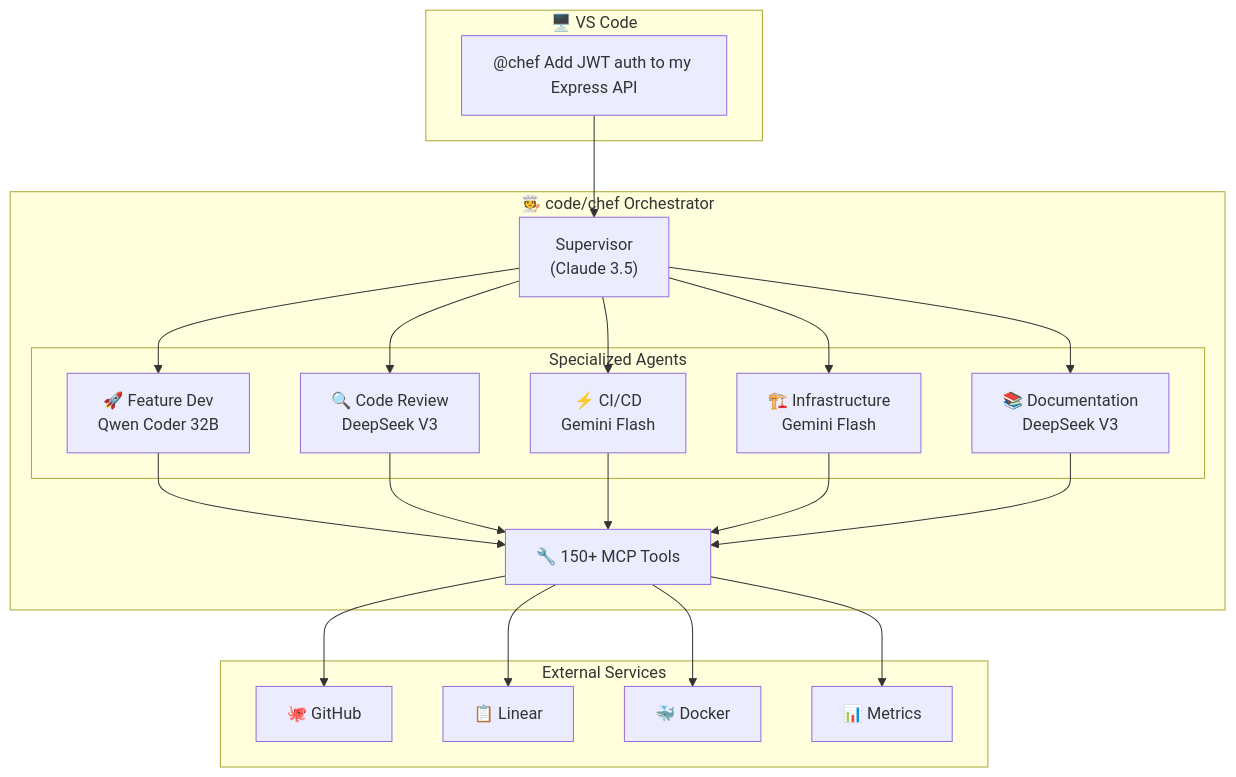
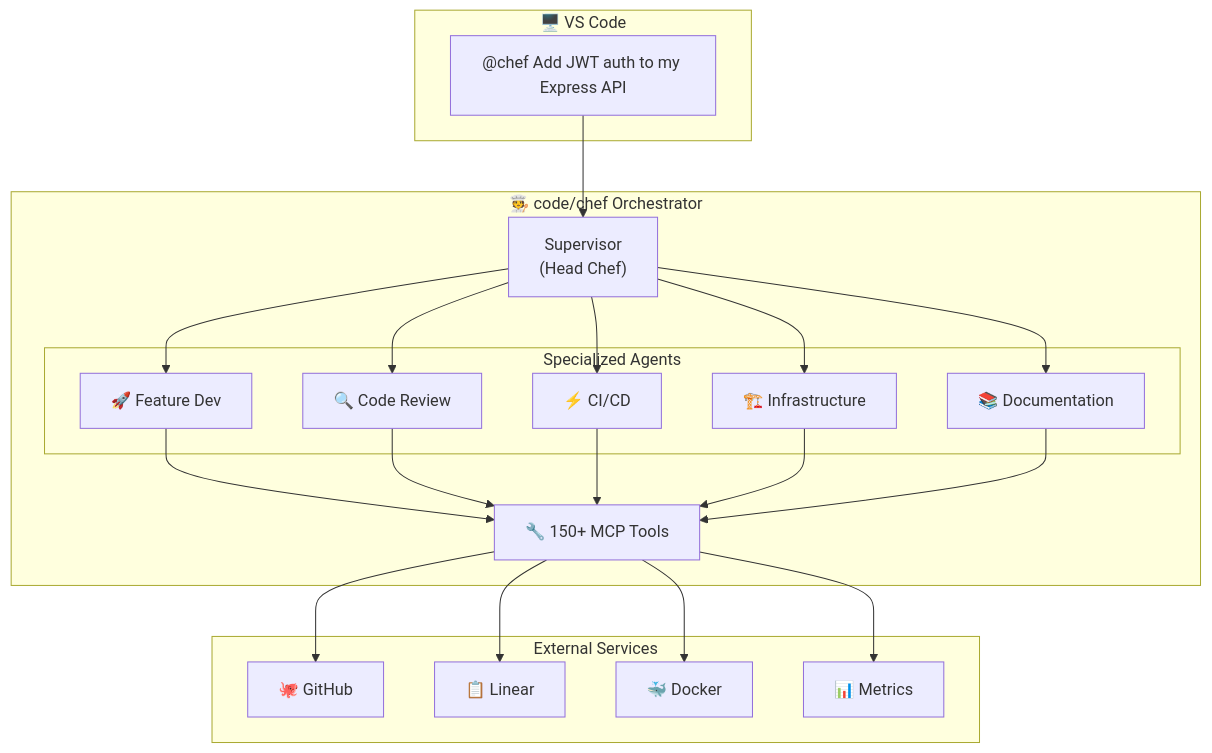
Before and after one commit to Appsmithery/code-chef: the diagram in README.md, drawn with Mermaid. The commit also changed other lines of this file and 1 other file, not shown here.

Commit message:
feat: update agent names and remove versioning from architecture diagram

````diff
--- a/README.md
+++ b/README.md
@@ -83,45 +83,45 @@
 ```mermaid
 flowchart TB
     subgraph VSCode["🖥️ VS Code"]
         Chat["@chef Add JWT auth to my Express API"]
     end
 
     subgraph Orchestrator["🧑‍🍳 code/chef Orchestrator"]
-        Supervisor["Supervisor\n(Claude 3.5)"]
+        Supervisor["Supervisor\n(Head Chef)"]
 
         subgraph Agents["Specialized Agents"]
-            FeatureDev["🚀 Feature Dev\nQwen Coder 32B"]
-            CodeReview["🔍 Code Review\nDeepSeek V3"]
-            CICD["⚡ CI/CD\nGemini Flash"]
-            Infra["🏗️ Infrastructure\nGemini Flash"]
-            Docs["📚 Documentation\nDeepSeek V3"]
+            FeatureDev["🚀 Feature Dev"]
+            CodeReview["🔍 Code Review"]
+            CICD["⚡ CI/CD"]
+            Infra["🏗️ Infrastructure"]
+            Docs["📚 Documentation"]
         end
 
         Tools["🔧 150+ MCP Tools"]
     end
 
     subgraph Integrations["External Services"]
         GitHub["🐙 GitHub"]
         Linear["📋 Linear"]
         Docker["🐳 Docker"]
         Metrics["📊 Metrics"]
     end
 
     Chat --> Supervisor
     Supervisor --> FeatureDev
     Supervisor --> CodeReview
     Supervisor --> CICD
     Supervisor --> Infra
     Supervisor --> Docs
 
     FeatureDev --> Tools
     CodeReview --> Tools
     CICD --> Tools
     Infra --> Tools
     Docs --> Tools
 
     Tools --> GitHub
     Tools --> Linear
     Tools --> Docker
     Tools --> Metrics
 ```
````
